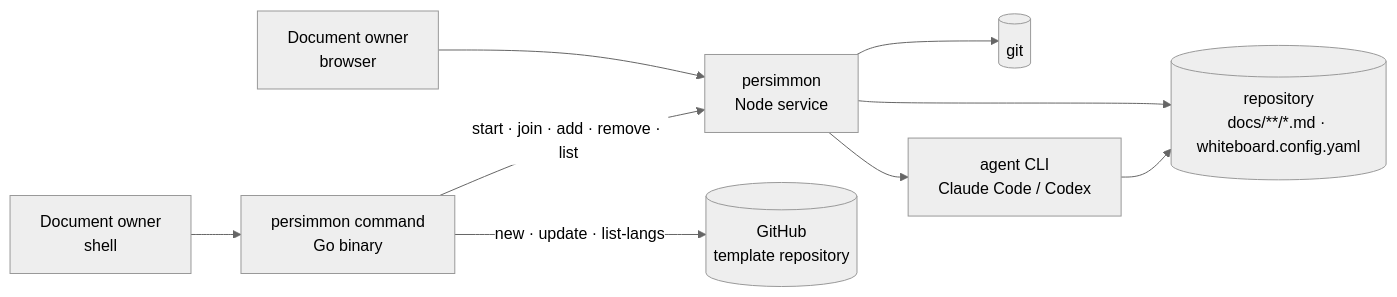
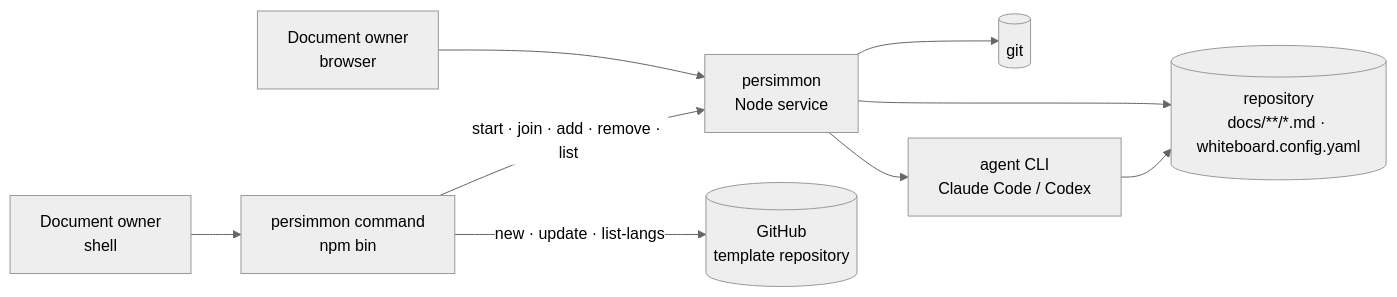
The first of 2 diagrams in ARCHITECTURE.md (ryan-alexander-zhang/persimmon), drawn with Mermaid (neutral theme) before and after one commit. The commit also changed other lines of this file and 16 other files, not shown here.

````diff
--- a/ARCHITECTURE.md
+++ b/ARCHITECTURE.md
@@ -25,11 +25,11 @@
 ```mermaid
 flowchart LR
   U[Document owner<br/>browser] --> S[persimmon<br/>Node service]
-  H[Document owner<br/>shell] --> C[persimmon command<br/>Go binary]
+  H[Document owner<br/>shell] --> C[persimmon command<br/>npm bin]
   C -->|new · update · list-langs| T[(GitHub<br/>template repository)]
   C -->|start · join · add · remove · list| S
   S --> D[(repository<br/>docs/**/*.md · whiteboard.config.yaml)]
   S --> G[(git)]
   S --> A[agent CLI<br/>Claude Code / Codex]
   A --> D
 ```
````
